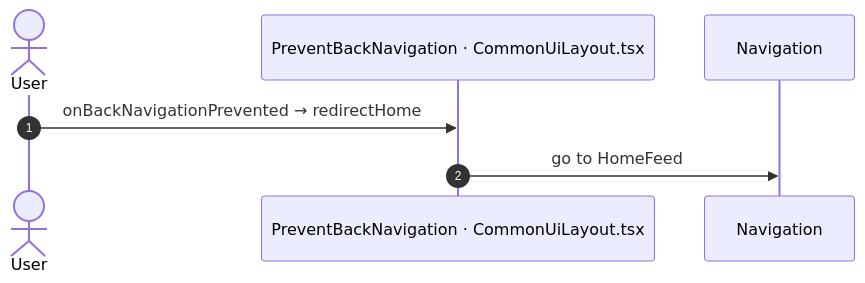
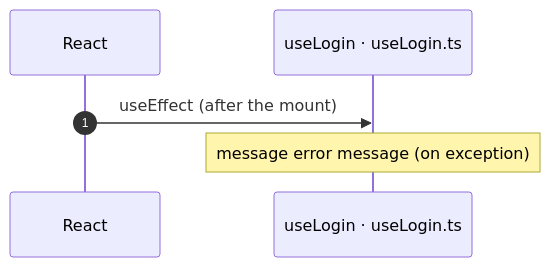
One commit to Phoenix-DX/connect-new-ui changed the ninth of 10 diagrams in route-actions/routes/Login.md. Above: the diagram before and after it, drawn with Mermaid. The commit also changed other lines of this file and 52 other files, not shown here.

Commit message:
route actions: all 51 routes in layout v2 (40 differences: 38 calls, 2 navigation parameters)

````diff
--- a/route-actions/routes/Login.md
+++ b/route-actions/routes/Login.md
@@ -247,9 +321,8 @@
 ```mermaid
 sequenceDiagram
   autonumber
-  actor U as User
-  participant H as PreventBackNavigation · CommonUiLayout.tsx
-  participant N as Navigation
-  U->>H: onBackNavigationPrevented → redirectHome
-  H->>N: go to HomeFeed
+  participant R as React
+  participant H as useLogin · useLogin.ts
+  R->>H: useEffect (after the mount)
+  Note over H: message error message (on exception)
 ```
````
